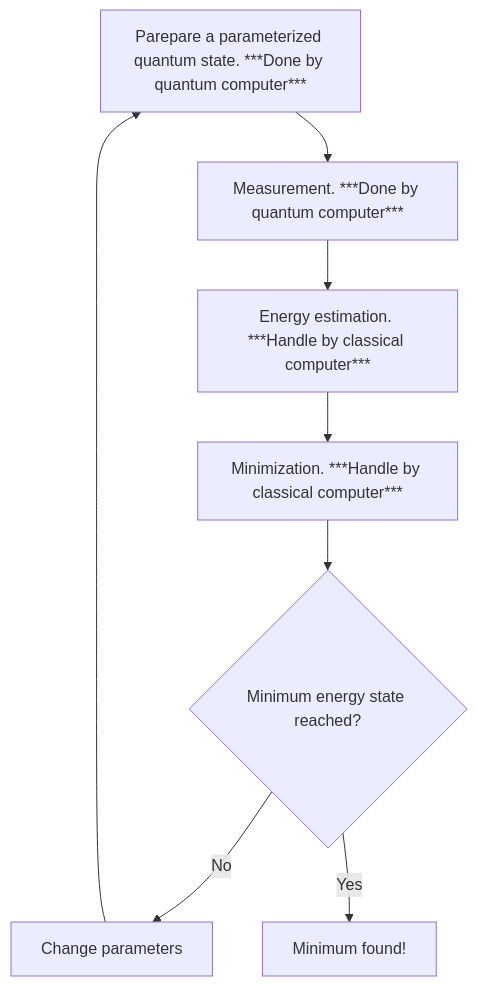
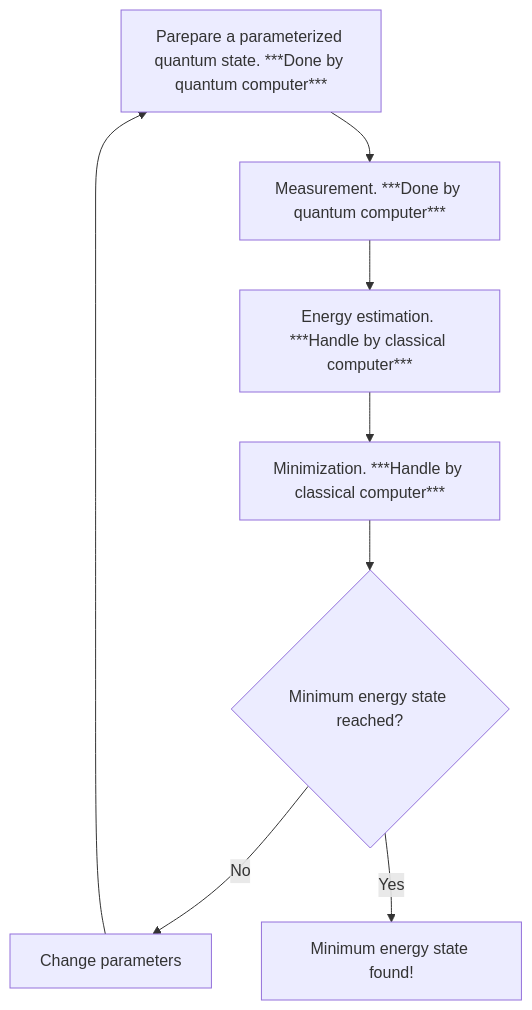
Before and after one commit to pcchouCR97/Understanding-Cryptography-by-Christof-Paar: the diagram in docs/QuantumOpt/VQE.md, drawn with Mermaid. The commit also changed other lines of this file and 1 other file, not shown here.

````diff
--- a/docs/QuantumOpt/VQE.md
+++ b/docs/QuantumOpt/VQE.md
@@ -253,10 +352,10 @@
 ``` mermaid
 flowchart TD
     A[Parepare a parameterized quantum state. ***Done by quantum computer***] --> B[Measurement. ***Done by quantum computer***];
     B --> C[Energy estimation. ***Handle by classical computer***];
     C --> F[Minimization. ***Handle by classical computer***];
     F --> E{Minimum energy state reached?}
     E --> |No| D[Change parameters];
     D --> A;
-    E --> |Yes| G[Minimum found!]
+    E --> |Yes| G[Minimum energy state found!]
 ```
````
